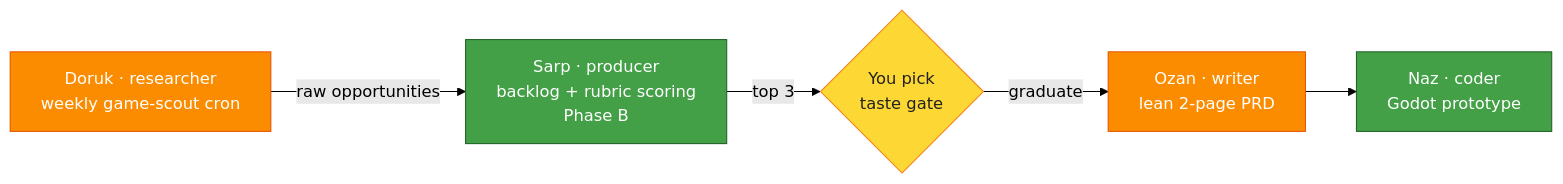
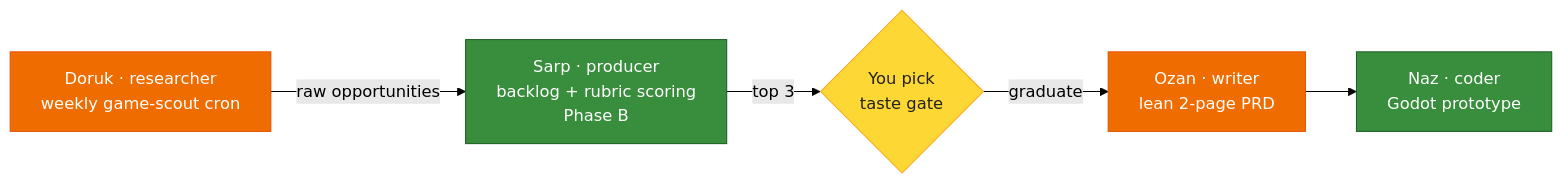
The diagram in docs/11-game-dev.md (mpolatcan/hermes-setup), drawn with Mermaid (forest theme) before and after one commit. The commit also changed 9 other files, not shown here.

First line of the commit message:
docs: unify mermaid palette to Material Design (legible contrast)

````diff
--- a/docs/11-game-dev.md
+++ b/docs/11-game-dev.md
@@ -7,10 +7,10 @@
 ```mermaid
 flowchart LR
     scout["Doruk · researcher<br/>weekly game-scout cron"]:::codex -->|raw opportunities| backlog["Sarp · producer<br/>backlog + rubric scoring<br/>Phase B"]:::mini
     backlog -->|top 3| pick{"You pick<br/>taste gate"}:::pick
     pick -->|graduate| prd["Ozan · writer<br/>lean 2-page PRD"]:::codex
     prd --> proto["Naz · coder<br/>Godot prototype"]:::mini
-    classDef mini fill:#43A047,stroke:#1B5E20,color:#fff
-    classDef codex fill:#FB8C00,stroke:#E65100,color:#fff
-    classDef pick fill:#FDD835,stroke:#F57F17,color:#212121
+    classDef mini fill:#388E3C,stroke:#1B5E20,color:#fff
+    classDef codex fill:#EF6C00,stroke:#E65100,color:#fff
+    classDef pick fill:#FDD835,stroke:#F9A825,color:#212121
 ```
````
